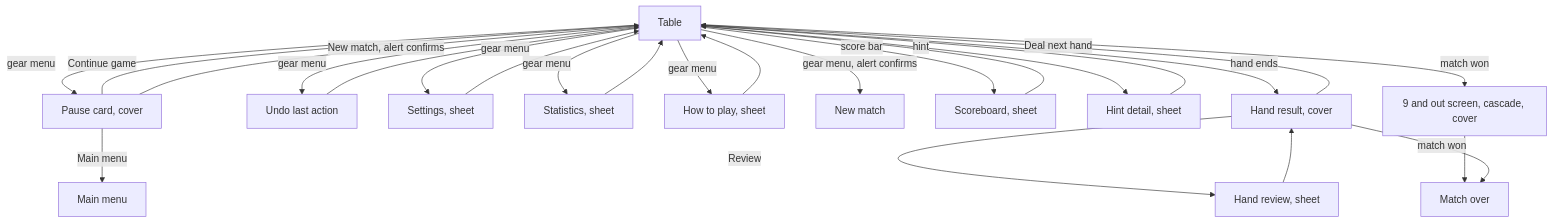
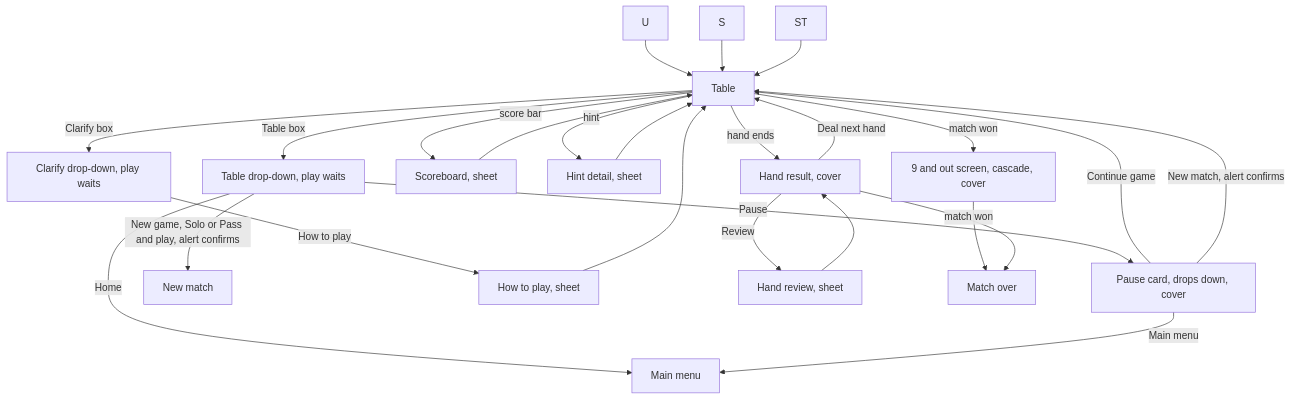
The third of 3 diagrams in docs/screen-flow.md (cmurphy1140/cardgame-io), drawn with Mermaid before and after one commit. The commit also changed other lines of this file and 19 other files, not shown here.

First line of the commit message:
feat(ui): Table and Clarify bar with drop-downs across the top

````diff
--- a/docs/screen-flow.md
+++ b/docs/screen-flow.md
@@ -73,29 +74,29 @@
 ```mermaid
 flowchart TD
     T[Table]
-    T -->|gear menu| P[Pause card, cover]
-    T -->|gear menu| U[Undo last action]
-    T -->|gear menu| S[Settings, sheet]
-    T -->|gear menu| ST[Statistics, sheet]
-    T -->|gear menu| TU[How to play, sheet]
-    T -->|gear menu, alert confirms| NEW[New match]
+    T -->|Table box| TB[Table drop-down, play waits]
+    T -->|Clarify box| CL[Clarify drop-down, play waits]
+    TB -->|Pause| P[Pause card, drops down, cover]
+    TB -->|New game, Solo or Pass and play, alert confirms| NEW[New match]
+    TB -->|Home| M
+    CL -->|How to play| TU[How to play, sheet]
     T -->|score bar| SB[Scoreboard, sheet]
     T -->|hint| H[Hint detail, sheet]
     T -->|hand ends| R[Hand result, cover]
 
     P -->|Continue game| T
     P -->|Main menu| M[Main menu]
     P -->|New match, alert confirms| T
     R -->|Deal next hand| T
     R -->|Review| RV[Hand review, sheet]
     T -->|match won| CE[9 and out screen, cascade, cover]
     CE --> MO[Match over]
     R -->|match won| MO
     RV --> R
     U --> T
     SB --> T
     H --> T
     S --> T
     ST --> T
     TU --> T
 ```
````
